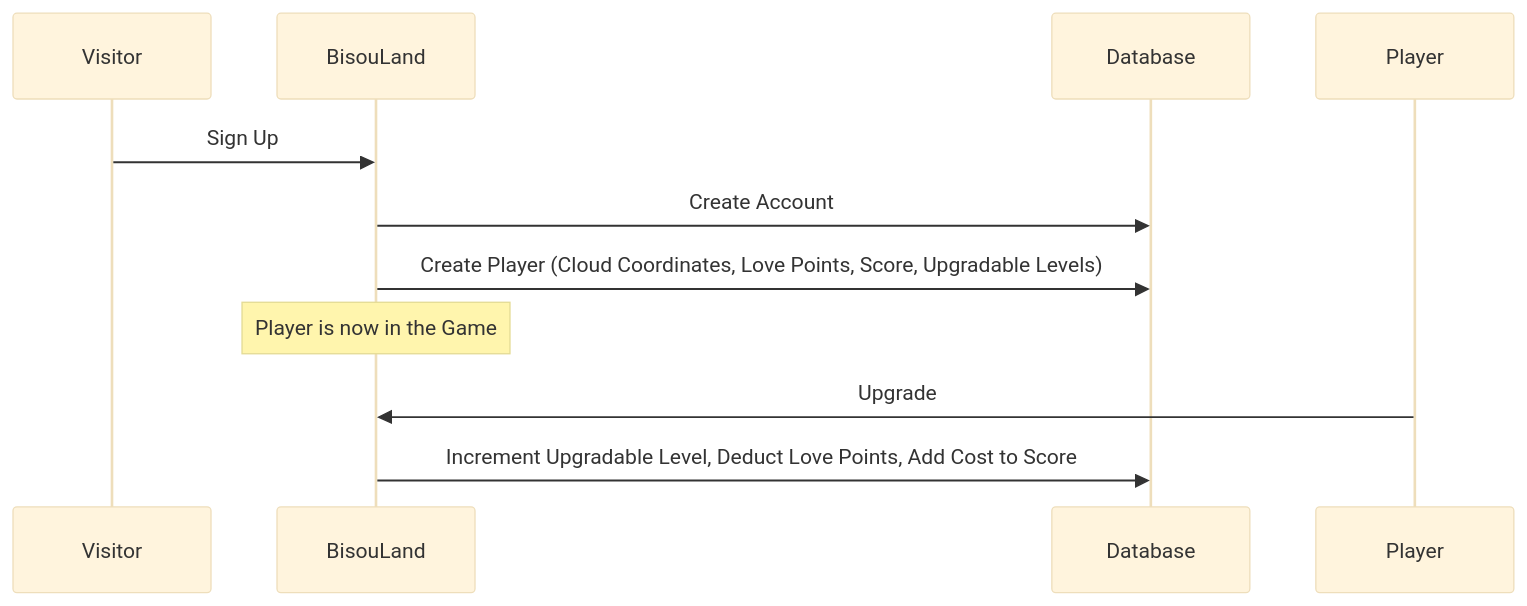
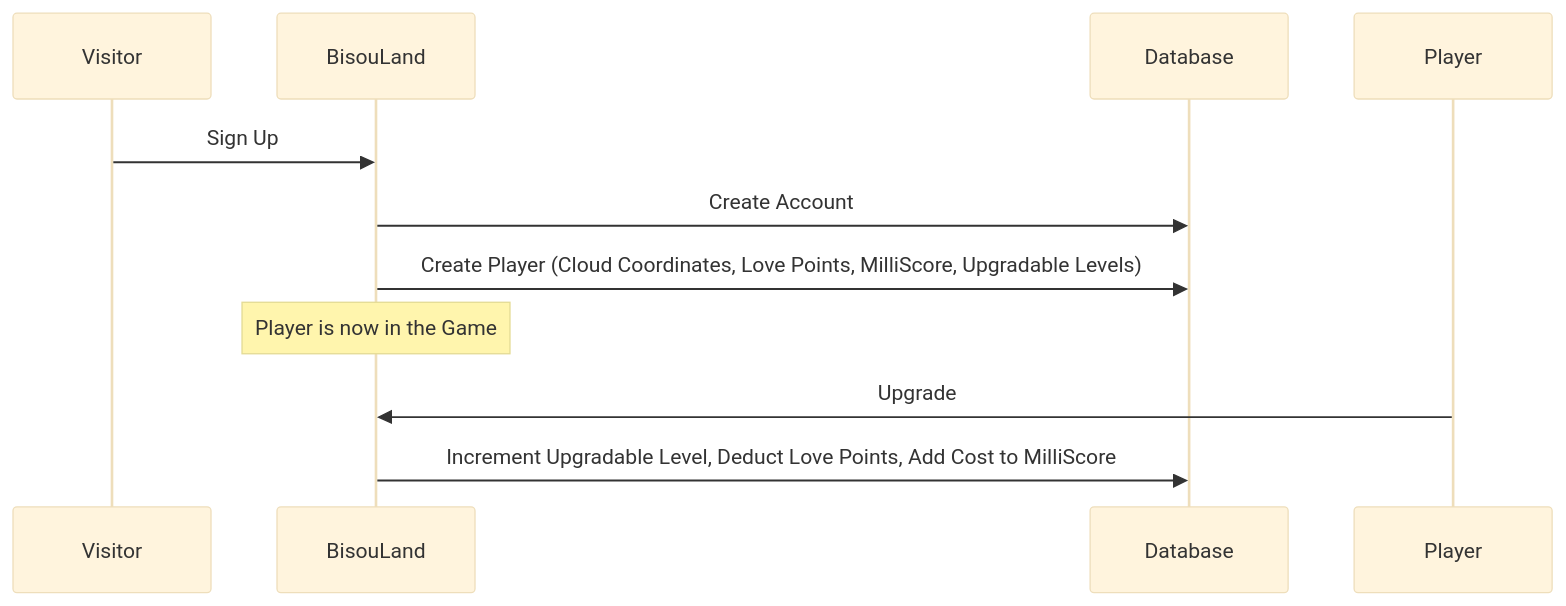
The diagram in apps/qa/src/Domain/Game/README.md (pyricau/bisouland), drawn with Mermaid (base theme) before and after one commit. The commit also changed other lines of this file and 17 other files, not shown here.

Commit message:
[qalin] rename Score to MilliScore (stored value, divide by 1000 to display)

````diff
--- a/apps/qa/src/Domain/Game/README.md
+++ b/apps/qa/src/Domain/Game/README.md
@@ -17,15 +17,15 @@
 ```mermaid
 sequenceDiagram
     participant Visitor
     participant BisouLand
     participant Database
 
     Visitor->>BisouLand: Sign Up
     BisouLand->>Database: Create Account
-    BisouLand->>Database: Create Player (Cloud Coordinates, Love Points, Score, Upgradable Levels)
+    BisouLand->>Database: Create Player (Cloud Coordinates, Love Points, MilliScore, Upgradable Levels)
 
     Note over BisouLand: Player is now in the Game
 
     Player->>BisouLand: Upgrade
-    BisouLand->>Database: Increment Upgradable Level, Deduct Love Points, Add Cost to Score
+    BisouLand->>Database: Increment Upgradable Level, Deduct Love Points, Add Cost to MilliScore
 ```
````
